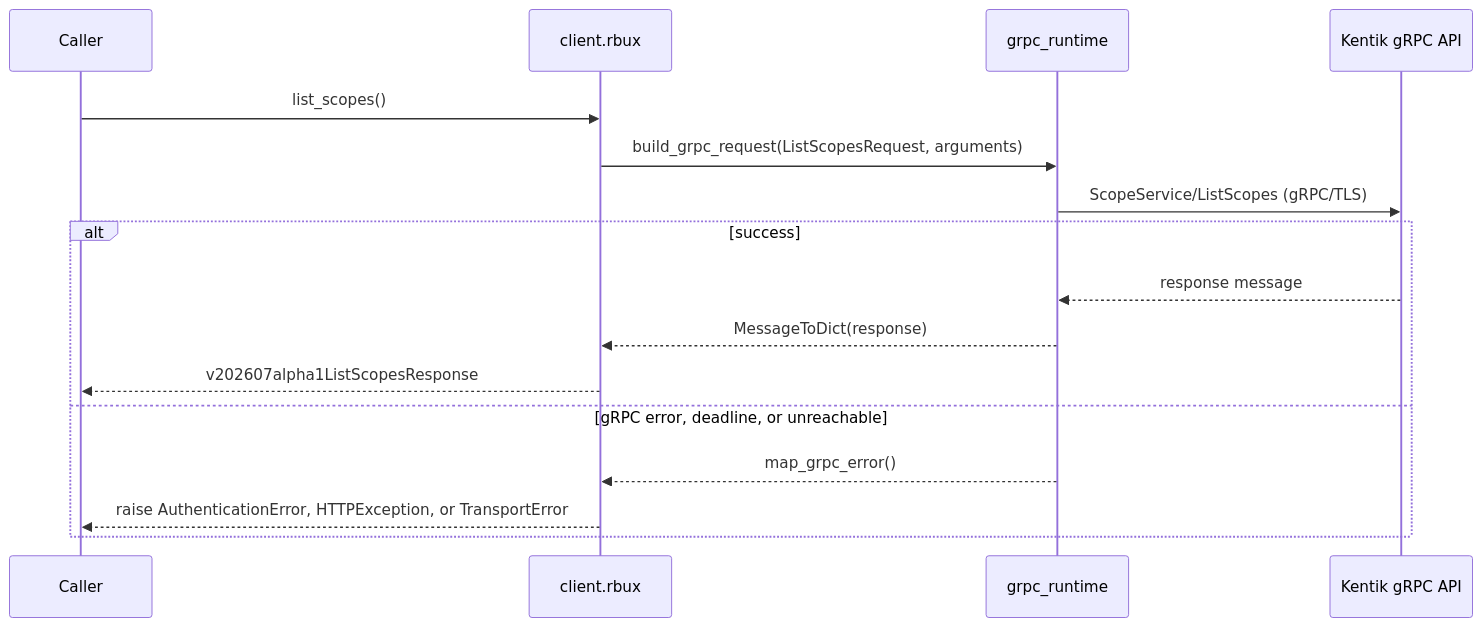
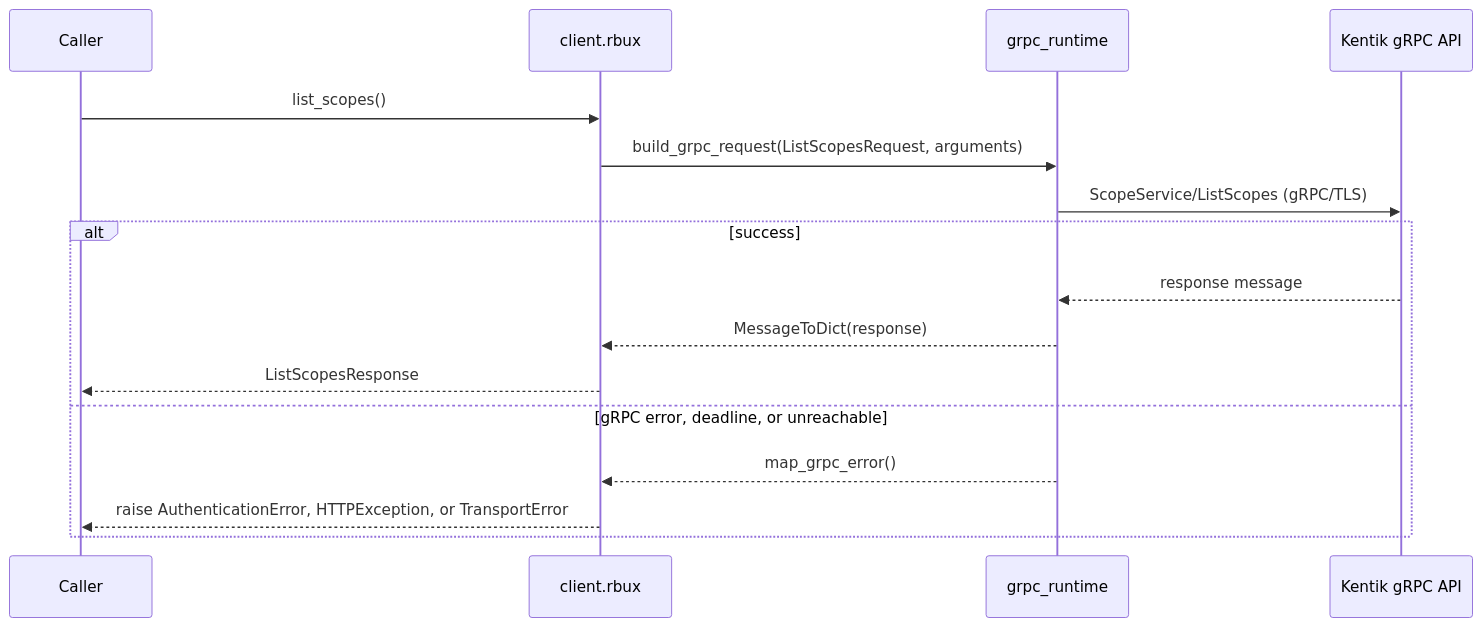
One commit to alexdearaujo/community_sdk_python changed the third of 12 diagrams in docs/sphinx/services/rbux.md. Above: the diagram before and after it, drawn with Mermaid. The commit also changed other lines of this file and 38 other files, not shown here.

````diff
--- a/docs/sphinx/services/rbux.md
+++ b/docs/sphinx/services/rbux.md
@@ -59,19 +59,19 @@
 ```mermaid
 sequenceDiagram
     participant C as Caller
     participant W as client.rbux
     participant R as grpc_runtime
     participant API as Kentik gRPC API
 
     C->>W: list_scopes()
     W->>R: build_grpc_request(ListScopesRequest, arguments)
     R->>API: ScopeService/ListScopes (gRPC/TLS)
     alt success
         API-->>R: response message
         R-->>W: MessageToDict(response)
-        W-->>C: v202607alpha1ListScopesResponse
+        W-->>C: ListScopesResponse
     else gRPC error, deadline, or unreachable
         R-->>W: map_grpc_error()
         W-->>C: raise AuthenticationError, HTTPException, or TransportError
     end
 ```
````
